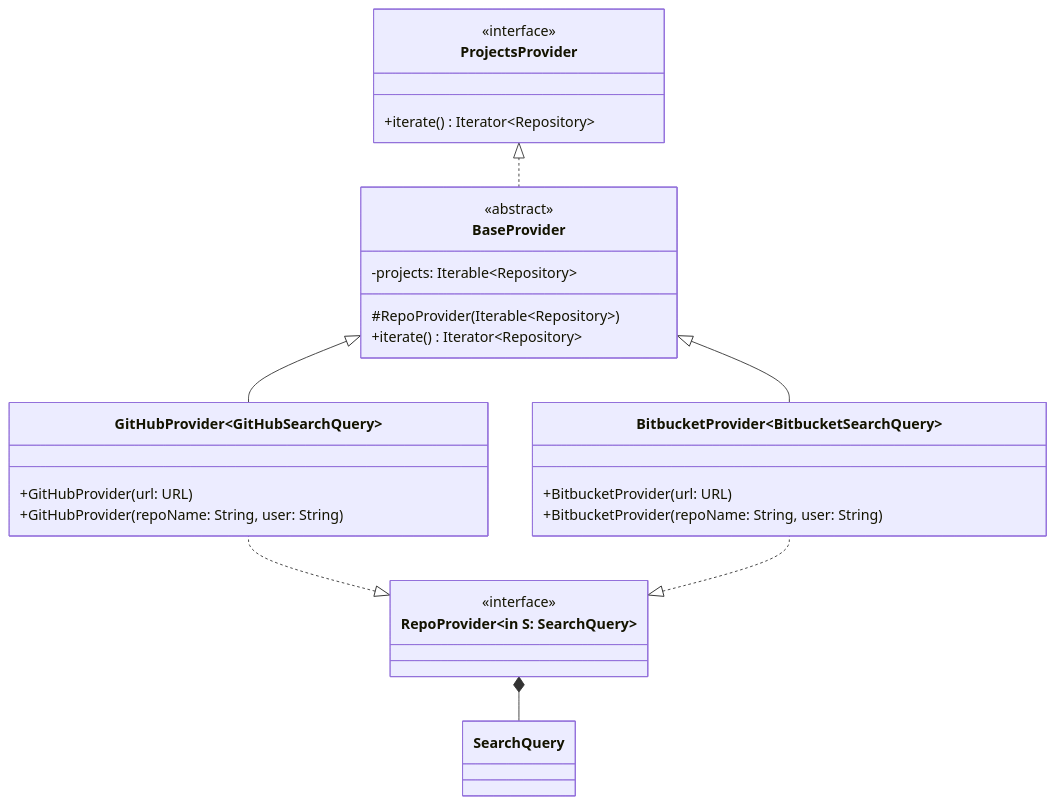
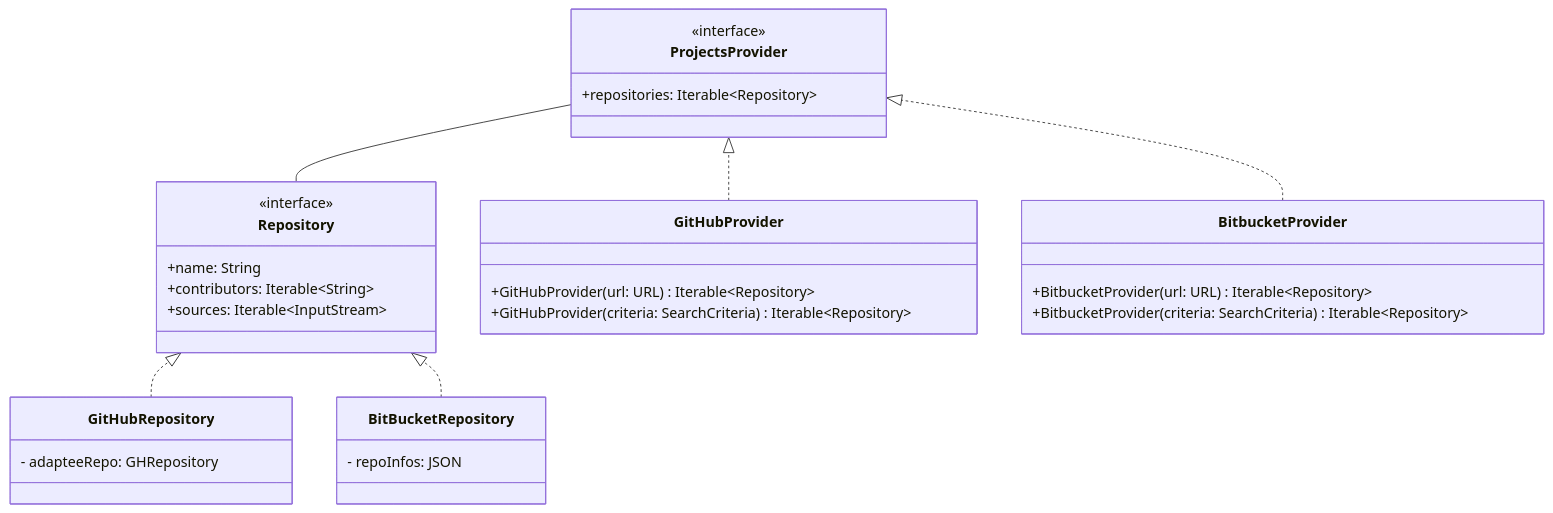
Before and after one commit to tassiLuca/code-plagiarism-detector-doc: the third of 7 diagrams in doc.md, drawn with Mermaid. The commit also changed other lines of this file, not shown here.

Commit message:
docs: updated design of providers

````diff
--- a/doc.md
+++ b/doc.md
@@ -117,38 +117,36 @@
 ```mermaid
 classDiagram
     direction BT
 
     class ProjectsProvider {
         <<interface>>
-        +iterate() Iterator~Repository~
+        +repositories: Iterable~Repository~
     }
 
-    class BaseProvider {
-        <<abstract>>
-        -projects: Iterable~Repository~
-        #RepoProvider(Iterable~Repository~)
-        +iterate() Iterator~Repository~
+    class Repository {
+        <<interface>>
+        +name: String
+        +contributors: Iterable~String~
+        +sources: Iterable~InputStream~
     }
+    class GitHubRepository {
+        - adapteeRepo: GHRepository
+    }
+    class BitBucketRepository {
+        - repoInfos: JSON
+    }
+    GitHubRepository ..|> Repository
+    BitBucketRepository ..|> Repository
+    Repository -- ProjectsProvider
 
-    class GitHubProvider~GitHubSearchQuery~ {
-        +GitHubProvider(url: URL)
-        +GitHubProvider(repoName: String, user: String)
+    class GitHubProvider {
+        +GitHubProvider(url: URL) Iterable~Repository~
+        +GitHubProvider(criteria: SearchCriteria)Iterable~Repository~
     }
-    class BitbucketProvider~BitbucketSearchQuery~ {
-        +BitbucketProvider(url: URL)
-        +BitbucketProvider(repoName: String, user: String)
+    class BitbucketProvider {
+        +BitbucketProvider(url: URL) Iterable~Repository~
+        +BitbucketProvider(criteria: SearchCriteria) Iterable~Repository~
     }
-    BaseProvider ..|> ProjectsProvider
-    GitHubProvider --|> BaseProvider
-    BitbucketProvider --|> BaseProvider
-
-    class RepoProvider~in S: SearchQuery~ {
-        <<interface>>
-    }
-
-    RepoProvider <|.. GitHubProvider
-    RepoProvider <|.. BitbucketProvider
-
-    class SearchQuery
-    SearchQuery --* RepoProvider
+    GitHubProvider ..|> ProjectsProvider
+    BitbucketProvider ..|> ProjectsProvider
 ```
````
